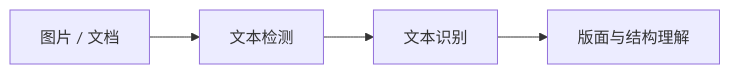
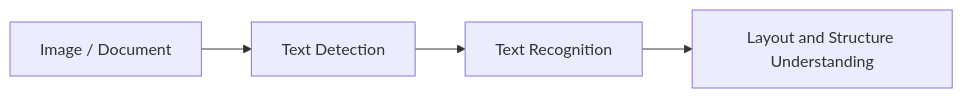
One commit to oudbiao/AI-fullstack-course changed the diagram in docs/ch10-computer-vision/ch05-advanced/03-ocr.md. Above: the diagram before and after it, drawn with Mermaid. The commit also changed other lines of this file and 1406 other files, not shown here.

````diff
--- a/docs/ch10-computer-vision/ch05-advanced/03-ocr.md
+++ b/docs/ch10-computer-vision/ch05-advanced/03-ocr.md
@@ -40,6 +40,6 @@
 ```mermaid
 flowchart LR
-    A["图片 / 文档"] --> B["文本检测"]
-    B --> C["文本识别"]
-    C --> D["版面与结构理解"]
+    A["Image / Document"] --> B["Text Detection"]
+    B --> C["Text Recognition"]
+    C --> D["Layout and Structure Understanding"]
 ```
````
